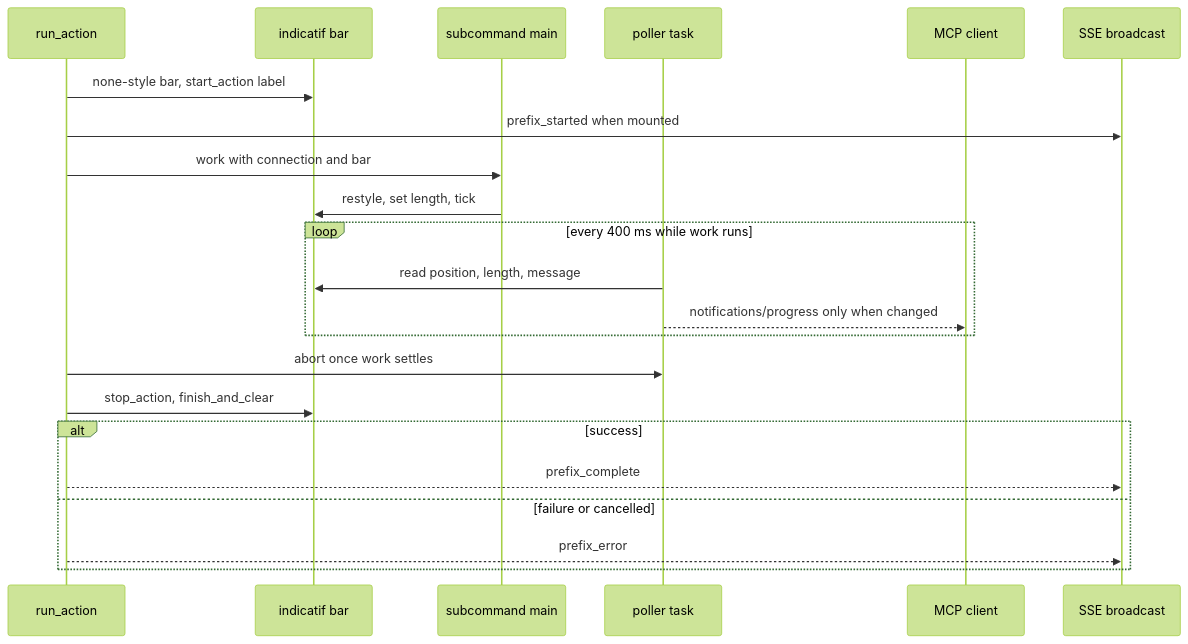
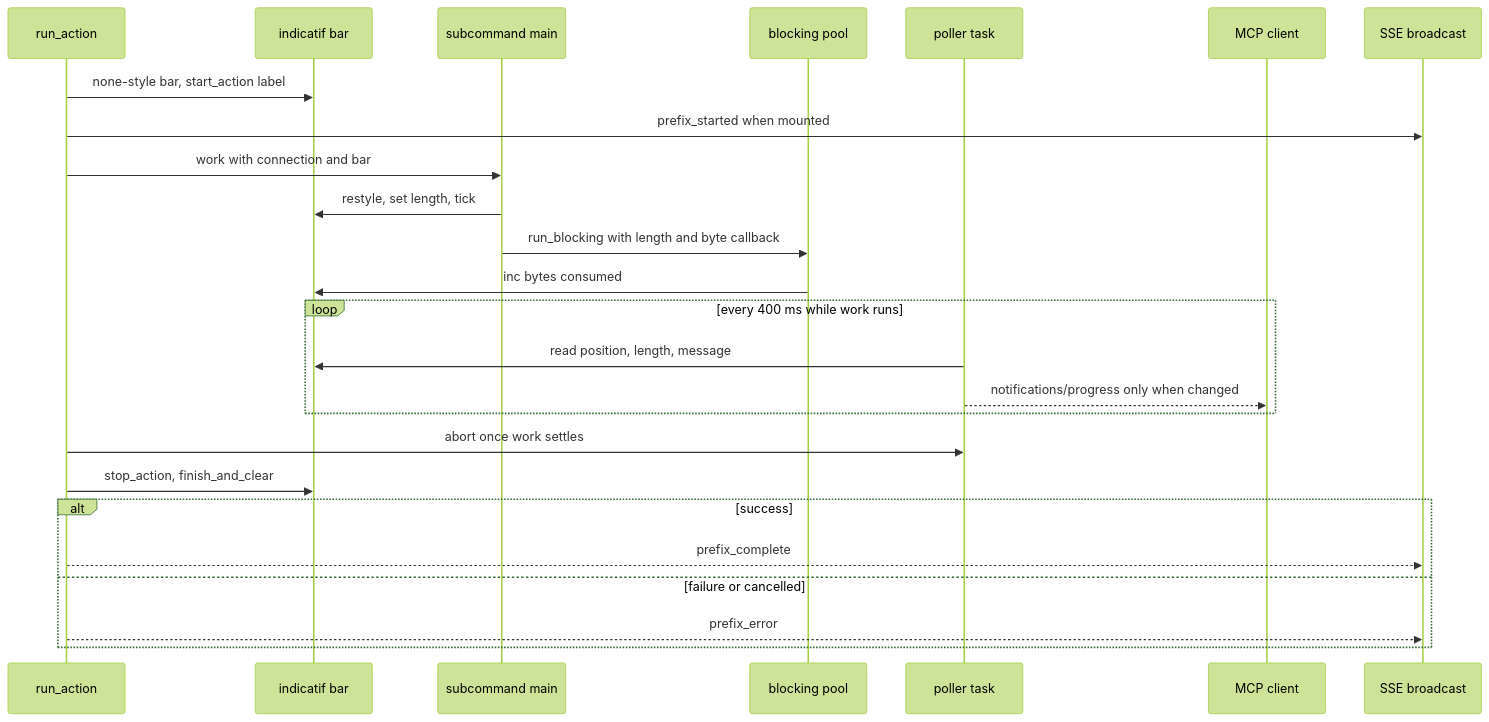
Before and after one commit to alucryd/oxyromon: the second of 2 diagrams in openwiki/server/sse-and-progress-bridge.md, drawn with Mermaid (forest theme). The commit also changed other lines of this file and 69 other files, not shown here.

````diff
--- a/openwiki/server/sse-and-progress-bridge.md
+++ b/openwiki/server/sse-and-progress-bridge.md
@@ -219,25 +286,28 @@
 ```mermaid
 sequenceDiagram
   participant RUN as run_action
   participant BAR as indicatif bar
   participant SUB as subcommand main
+  participant BLK as blocking pool
   participant POL as poller task
-  participant MCP as MCP client
+  participant CLI as MCP client
   participant BUS as SSE broadcast
 
   RUN->>BAR: none-style bar, start_action label
   RUN->>BUS: prefix_started when mounted
   RUN->>SUB: work with connection and bar
   SUB->>BAR: restyle, set length, tick
+  SUB->>BLK: run_blocking with length and byte callback
+  BLK->>BAR: inc bytes consumed
   loop every 400 ms while work runs
     POL->>BAR: read position, length, message
-    POL-->>MCP: notifications/progress only when changed
+    POL-->>CLI: notifications/progress only when changed
   end
   RUN->>POL: abort once work settles
   RUN->>BAR: stop_action, finish_and_clear
   alt success
     RUN-->>BUS: prefix_complete
   else failure or cancelled
     RUN-->>BUS: prefix_error
   end
 ```
````
